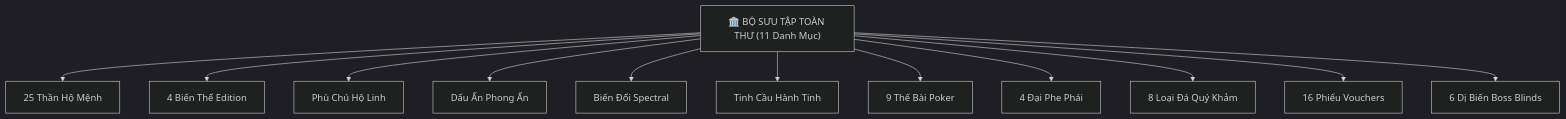
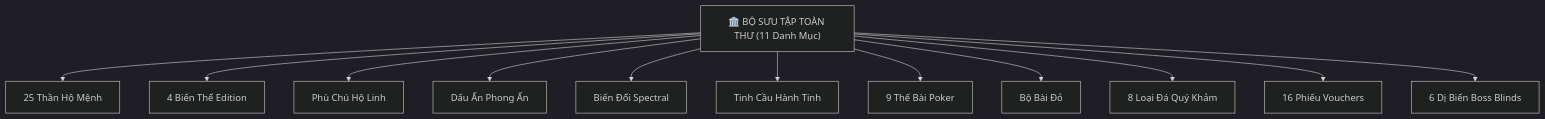
Before and after one commit to UIBreaker/Lua.TCG: the second of 2 diagrams in README.md, drawn with Mermaid (dark theme). The commit also changed other lines of this file and 23 other files, not shown here.

````diff
--- a/README.md
+++ b/README.md
@@ -278,15 +279,15 @@
 ```mermaid
 graph TD
     Hub["🏛️ BỘ SƯU TẬP TOÀN THƯ (11 Danh Mục)"]
     Hub --> C1["25 Thần Hộ Mệnh"]
     Hub --> C2["4 Biến Thể Edition"]
     Hub --> C3["Phù Chú Hộ Linh"]
     Hub --> C4["Dấu Ấn Phong Ấn"]
     Hub --> C5["Biến Đổi Spectral"]
     Hub --> C6["Tinh Cầu Hành Tinh"]
     Hub --> C7["9 Thế Bài Poker"]
-    Hub --> C8["4 Đại Phe Phái"]
+    Hub --> C8["Bộ Bài Đỏ"]
     Hub --> C9["8 Loại Đá Quý Khảm"]
     Hub --> C10["16 Phiếu Vouchers"]
     Hub --> C11["6 Dị Biến Boss Blinds"]
 ```
````
